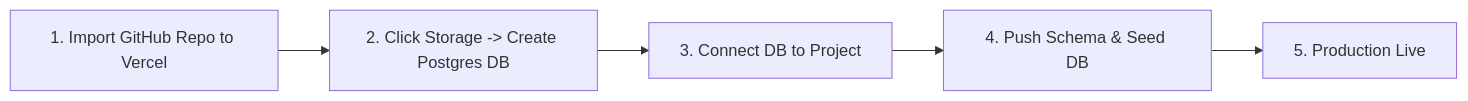
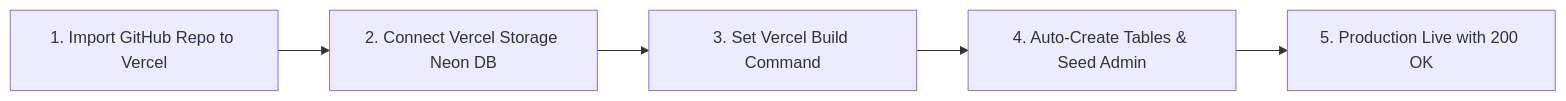
Before and after one commit to wessam360/Wessam-Learning-System-WLS: the diagram in DEPLOYMENT.md, drawn with Mermaid. The commit also changed other lines of this file and 2 other files, not shown here.

Commit message:
Configure automated Vercel DB setup

````diff
--- a/DEPLOYMENT.md
+++ b/DEPLOYMENT.md
@@ -9,7 +9,7 @@
 ```mermaid
 flowchart LR
-    A[1. Import GitHub Repo to Vercel] --> B[2. Click Storage -> Create Postgres DB]
-    B --> C[3. Connect DB to Project]
-    C --> D[4. Push Schema & Seed DB]
-    D --> E[5. Production Live]
+    A[1. Import GitHub Repo to Vercel] --> B[2. Connect Vercel Storage Neon DB]
+    B --> C[3. Set Vercel Build Command]
+    C --> D[4. Auto-Create Tables & Seed Admin]
+    D --> E[5. Production Live with 200 OK]
 ```
````
